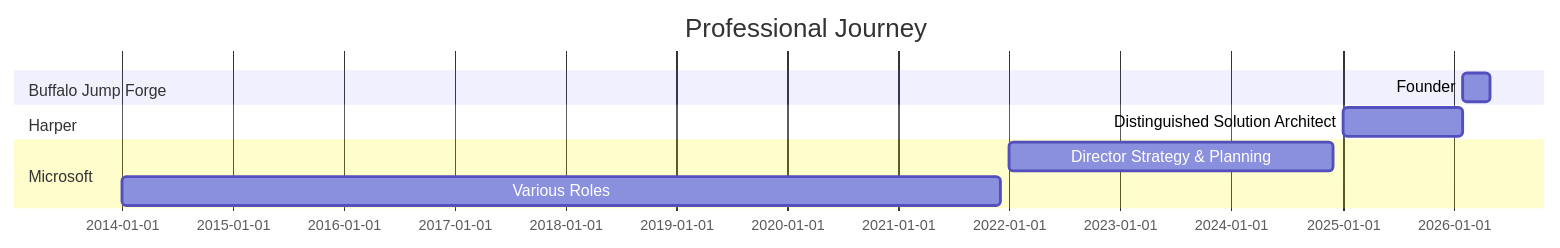
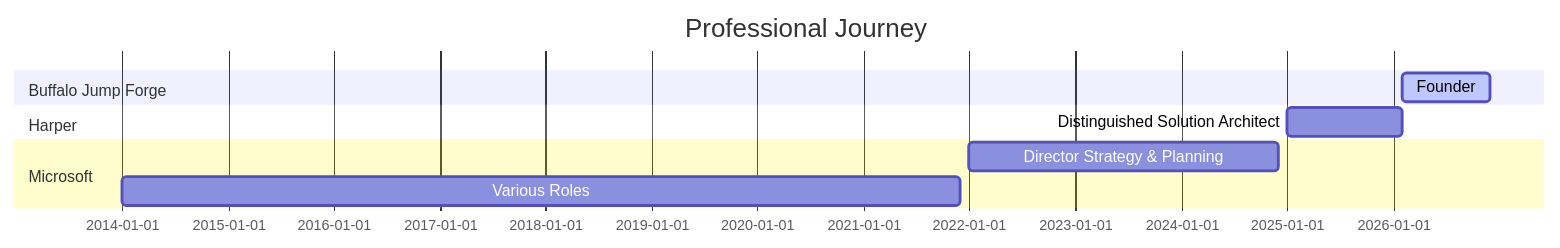
One commit to irjudson/irjudson changed the diagram in README.md. Above: the diagram before and after it, drawn with Mermaid. The commit also changed other lines of this file and 9 other files, not shown here.

````diff
--- a/README.md
+++ b/README.md
@@ -158,12 +158,12 @@
 ```mermaid
 gantt
     title Professional Journey
     dateFormat  YYYY-MM
     section Buffalo Jump Forge
-    Founder                             :2026-02, 2026-05
+    Founder                             :active, 2026-02, 2026-12
     section Harper
     Distinguished Solution Architect    :2025-01, 2026-02
     section Microsoft
     Director Strategy & Planning        :2022-01, 2024-12
     Various Roles                       :2014-01, 2021-12
 ```
````
